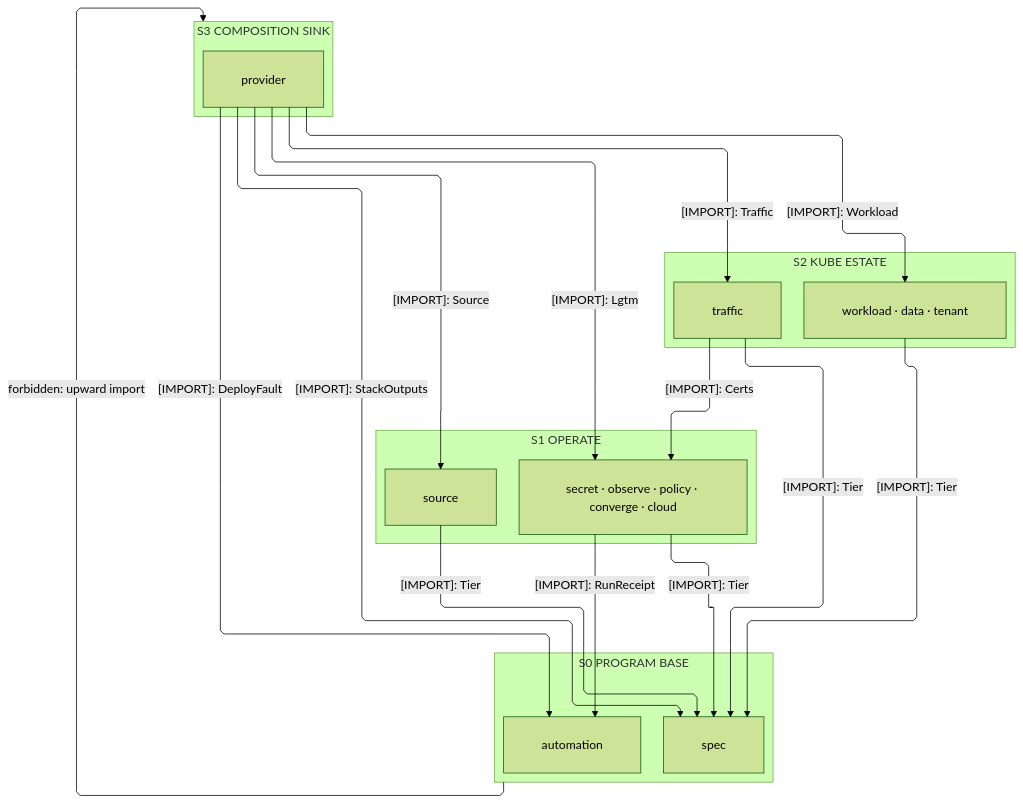
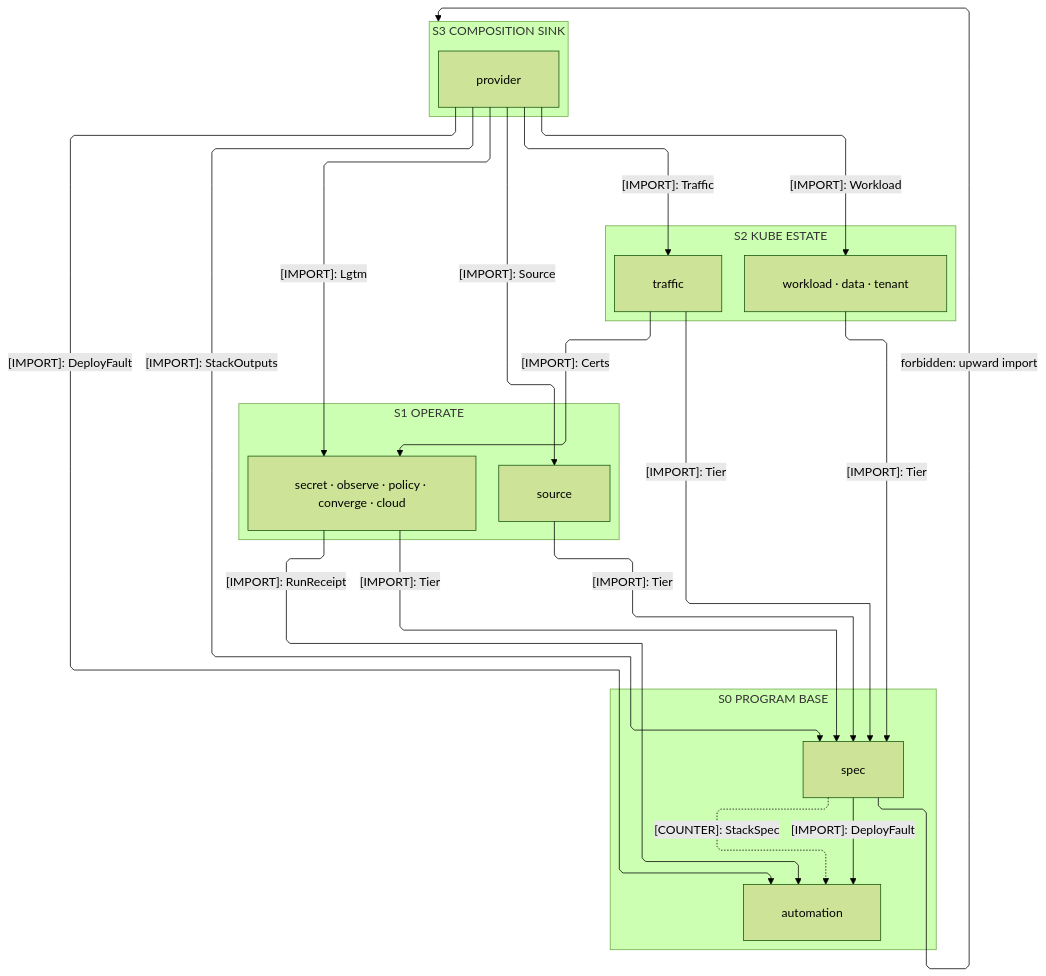
Before and after one commit to bsamiee/Rasm: the first of 3 diagrams in libs/typescript/iac/ARCHITECTURE.md, drawn with Mermaid (forest theme). The commit also changed other lines of this file and 115 other files, not shown here.

````diff
--- a/libs/typescript/iac/ARCHITECTURE.md
+++ b/libs/typescript/iac/ARCHITECTURE.md
@@ -35,40 +35,42 @@
 ```mermaid
 ---
 config:
   layout: elk
   flowchart:
     curve: linear
     padding: 25
 ---
 flowchart TB
     accTitle: Iac interior import strata
-    accDescr: Four strata — the provider sink over the kube estate over the operate plane onto the spec-automation co-base; imports point downward.
+    accDescr: How the provider sink, kube estate, and operate plane rank onto the spec-automation co-base, the StackSpec counter-edge a caller value.
     subgraph S3["S3 COMPOSITION SINK"]
         Provider[provider]
     end
     subgraph S2["S2 KUBE ESTATE"]
         Kube["workload · data · tenant"]
         Traffic[traffic]
     end
     subgraph S1["S1 OPERATE"]
         Operate["secret · observe · policy · converge · cloud"]
         Source[source]
     end
     subgraph S0["S0 PROGRAM BASE"]
         Spec[spec]
         Automation[automation]
     end
-    Operate e1@-->|"[IMPORT]: Tier"| Spec
-    Operate e2@-->|"[IMPORT]: RunReceipt"| Automation
-    Source e3@-->|"[IMPORT]: Tier"| Spec
-    Kube e4@-->|"[IMPORT]: Tier"| Spec
-    Traffic e5@-->|"[IMPORT]: Tier"| Spec
-    Traffic e6@-->|"[IMPORT]: Certs"| Operate
-    Provider e7@-->|"[IMPORT]: StackOutputs"| Spec
-    Provider e8@-->|"[IMPORT]: DeployFault"| Automation
-    Provider e9@-->|"[IMPORT]: Workload"| Kube
-    Provider e10@-->|"[IMPORT]: Traffic"| Traffic
-    Provider e11@-->|"[IMPORT]: Lgtm"| Operate
-    Provider e12@-->|"[IMPORT]: Source"| Source
-    S0 f1@-->|"forbidden: upward import"| S3
+    Spec e1@-->|"[IMPORT]: DeployFault"| Automation
+    Spec e2@-.->|"[COUNTER]: StackSpec"| Automation
+    Operate e3@-->|"[IMPORT]: Tier"| Spec
+    Operate e4@-->|"[IMPORT]: RunReceipt"| Automation
+    Source e5@-->|"[IMPORT]: Tier"| Spec
+    Kube e6@-->|"[IMPORT]: Tier"| Spec
+    Traffic e7@-->|"[IMPORT]: Tier"| Spec
+    Traffic e8@-->|"[IMPORT]: Certs"| Operate
+    Provider e9@-->|"[IMPORT]: StackOutputs"| Spec
+    Provider e10@-->|"[IMPORT]: DeployFault"| Automation
+    Provider e11@-->|"[IMPORT]: Workload"| Kube
+    Provider e12@-->|"[IMPORT]: Traffic"| Traffic
+    Provider e13@-->|"[IMPORT]: Lgtm"| Operate
+    Provider e14@-->|"[IMPORT]: Source"| Source
+    Spec f1@-->|"forbidden: upward import"| S3
 ```
````
